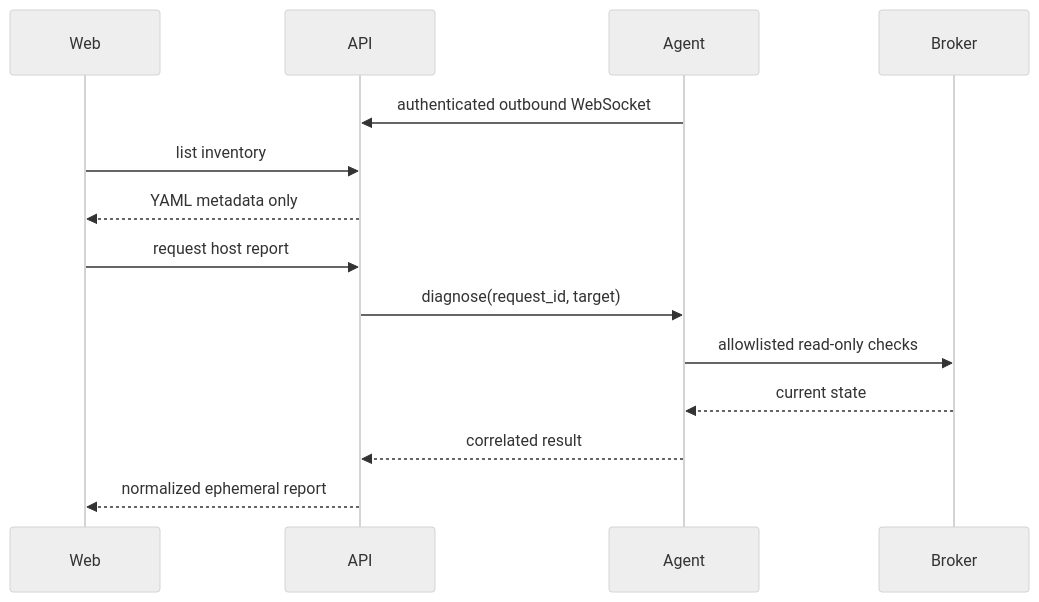
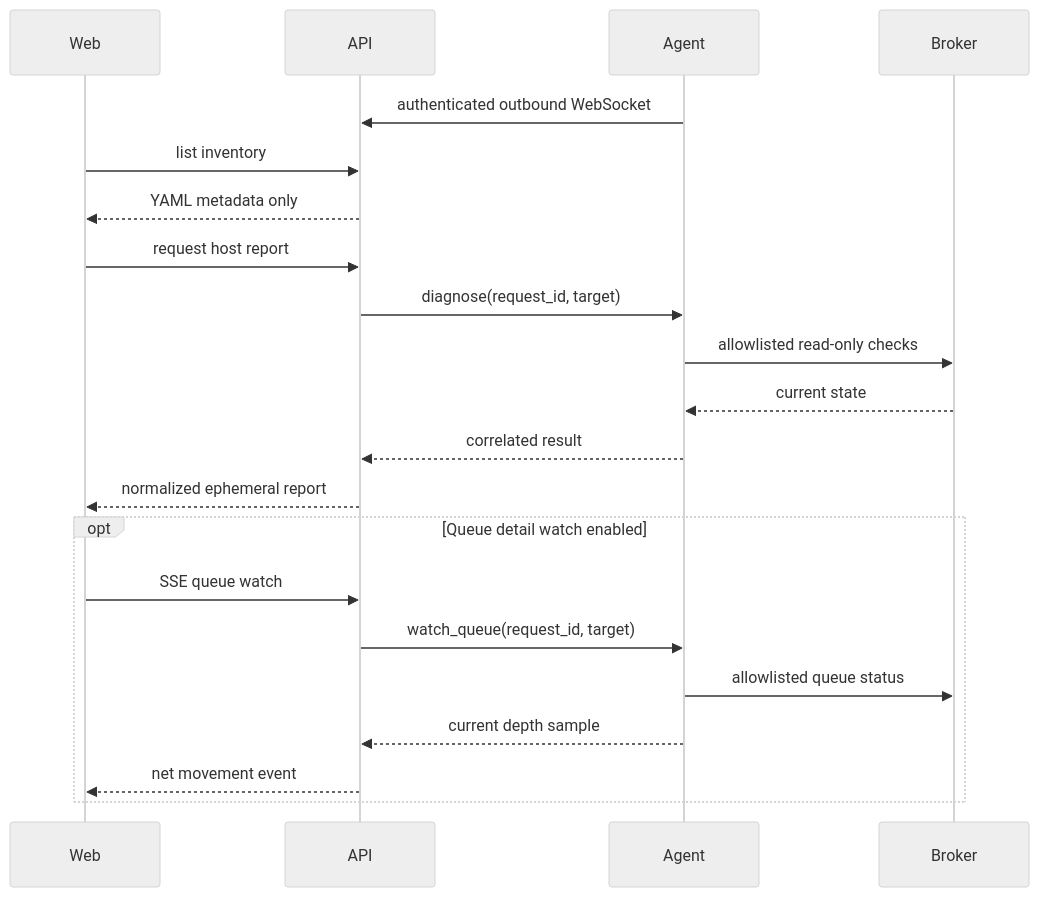
The diagram in docs/architecture.md (mqdeck/mqdeck), drawn with Mermaid (neutral theme) before and after one commit. The commit also changed other lines of this file and 6 other files, not shown here.

Commit message:
docs: document queue watch in 1.0.12

````diff
--- a/docs/architecture.md
+++ b/docs/architecture.md
@@ -5,16 +5,23 @@
 ```mermaid
 sequenceDiagram
     participant Web
     participant API
     participant Agent
     participant Broker
     Agent->>API: authenticated outbound WebSocket
     Web->>API: list inventory
     API-->>Web: YAML metadata only
     Web->>API: request host report
     API->>Agent: diagnose(request_id, target)
     Agent->>Broker: allowlisted read-only checks
     Broker-->>Agent: current state
     Agent-->>API: correlated result
     API-->>Web: normalized ephemeral report
+    opt Queue detail watch enabled
+      Web->>API: SSE queue watch
+      API->>Agent: watch_queue(request_id, target)
+      Agent->>Broker: allowlisted queue status
+      Agent-->>API: current depth sample
+      API-->>Web: net movement event
+    end
 ```
````
